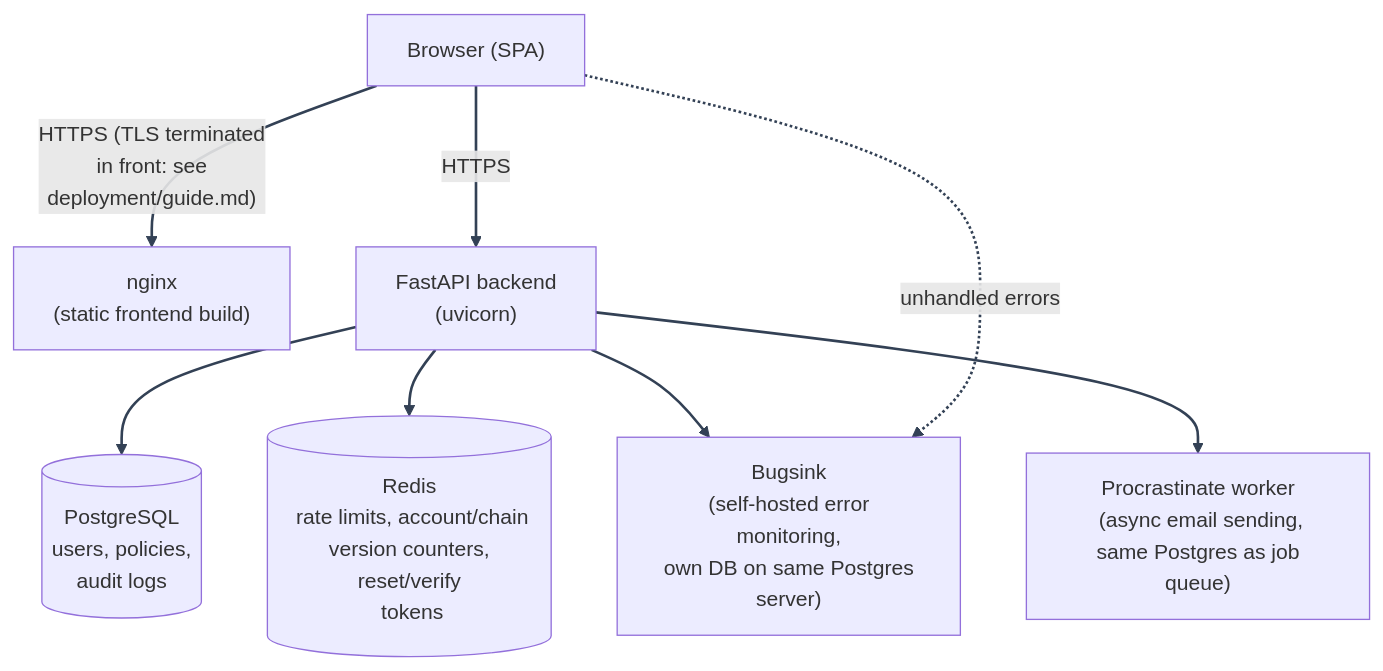
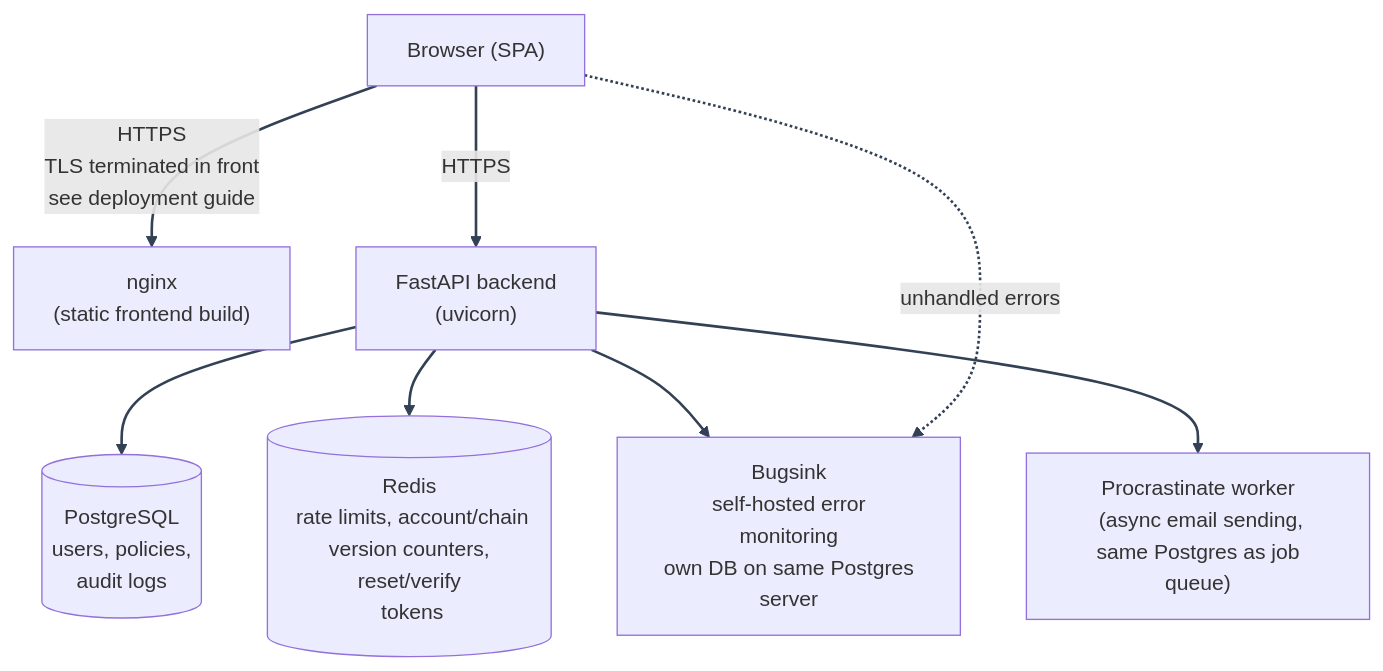
The first of 2 diagrams in docs/mystic_auth/architecture/system-overview.md (Nachiket-2024/mystic-auth), drawn with Mermaid before and after one commit. The commit also changed other lines of this file and 708 other files, not shown here.

````diff
--- a/docs/mystic_auth/architecture/system-overview.md
+++ b/docs/mystic_auth/architecture/system-overview.md
@@ -10,19 +10,15 @@
 ```mermaid
 %%{init: {"themeVariables": {"lineColor": "#334155"}} }%%
 flowchart TD
     Browser["Browser (SPA)"]
-
-    Browser -- "HTTPS (TLS terminated<br/> in front: see<br/> deployment/guide.md)" --> Nginx
+    Browser -- "HTTPS\n TLS terminated in front\n see deployment guide" --> Nginx
     Browser -- HTTPS --> Backend
-
-    Nginx["nginx<br/> (static frontend build)"]
-    Backend["FastAPI backend<br/> (uvicorn)"]
-
-    Backend --> Postgres[("PostgreSQL<br/> users, policies,<br/> audit logs")]
-    Backend --> Redis[("Redis<br/> rate limits, account/chain<br/> version counters, reset/verify<br/> tokens")]
-    Backend --> Bugsink["Bugsink<br/> (self-hosted error monitoring,<br/> own DB on same Postgres server)"]
+    Nginx["nginx\n (static frontend build)"]
+    Backend["FastAPI backend\n (uvicorn)"]
+    Backend --> Postgres[("PostgreSQL\n users, policies,\n audit logs")]
+    Backend --> Redis[("Redis\n rate limits, account/chain\n version counters, reset/verify\n tokens")]
+    Backend --> Bugsink["Bugsink\n self-hosted error monitoring\n own DB on same Postgres server"]
     Browser -. "unhandled errors" .-> Bugsink
-
-    Backend --> Procrastinate["Procrastinate worker<br/> (async email sending,<br/> same Postgres as job queue)"]
+    Backend --> Procrastinate["Procrastinate worker\n (async email sending,\n same Postgres as job queue)"]
     linkStyle default stroke:#334155,stroke-width:2px
 ```
````
